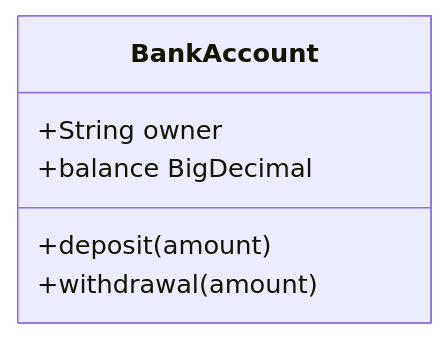
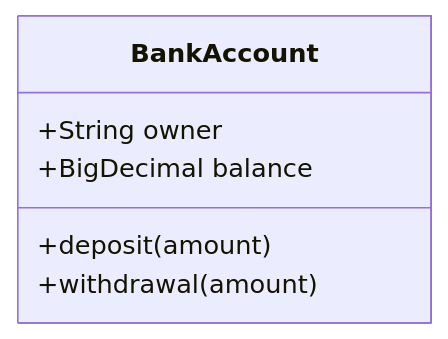
One commit to mermaid-js/mermaid changed the seventh of 25 diagrams in docs/syntax/classDiagram.md. Above: the diagram before and after it, drawn with Mermaid. The commit also changed other lines of this file, not shown here.

````diff
--- a/docs/syntax/classDiagram.md
+++ b/docs/syntax/classDiagram.md
@@ -209,9 +207,9 @@
 ```mermaid
 classDiagram
 class BankAccount{
     +String owner
-    +balance BigDecimal
+    +BigDecimal balance
     +deposit(amount)
     +withdrawal(amount)
 }
 ```
````
